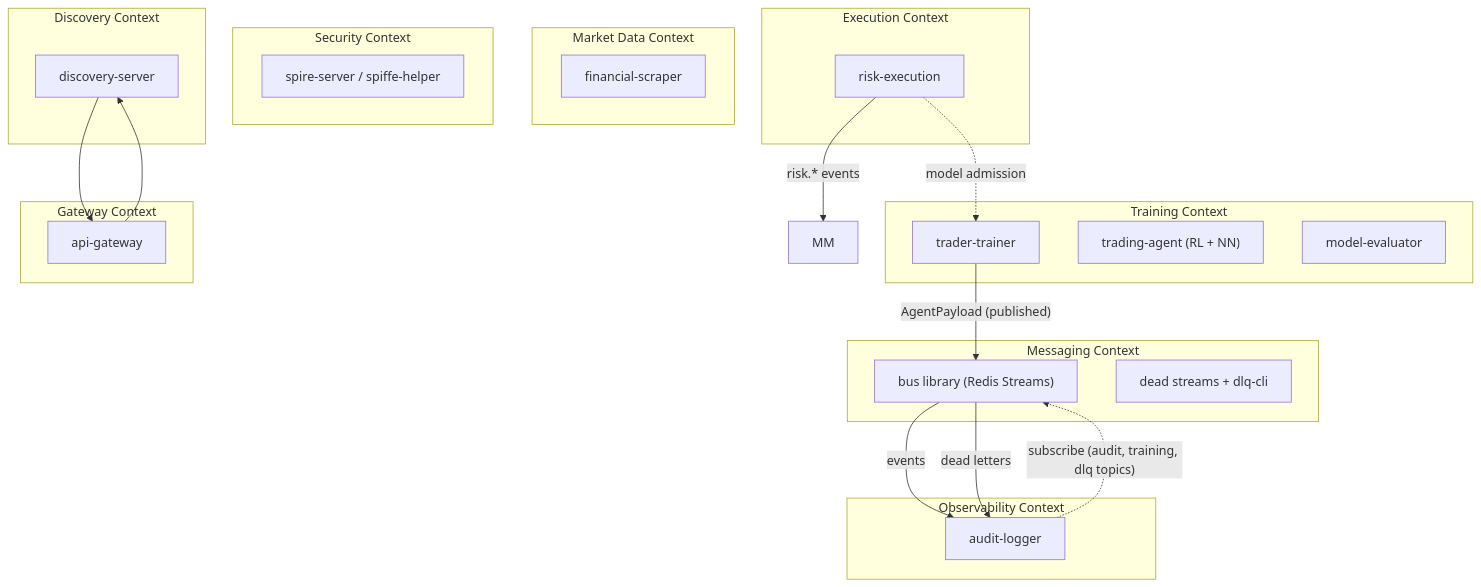
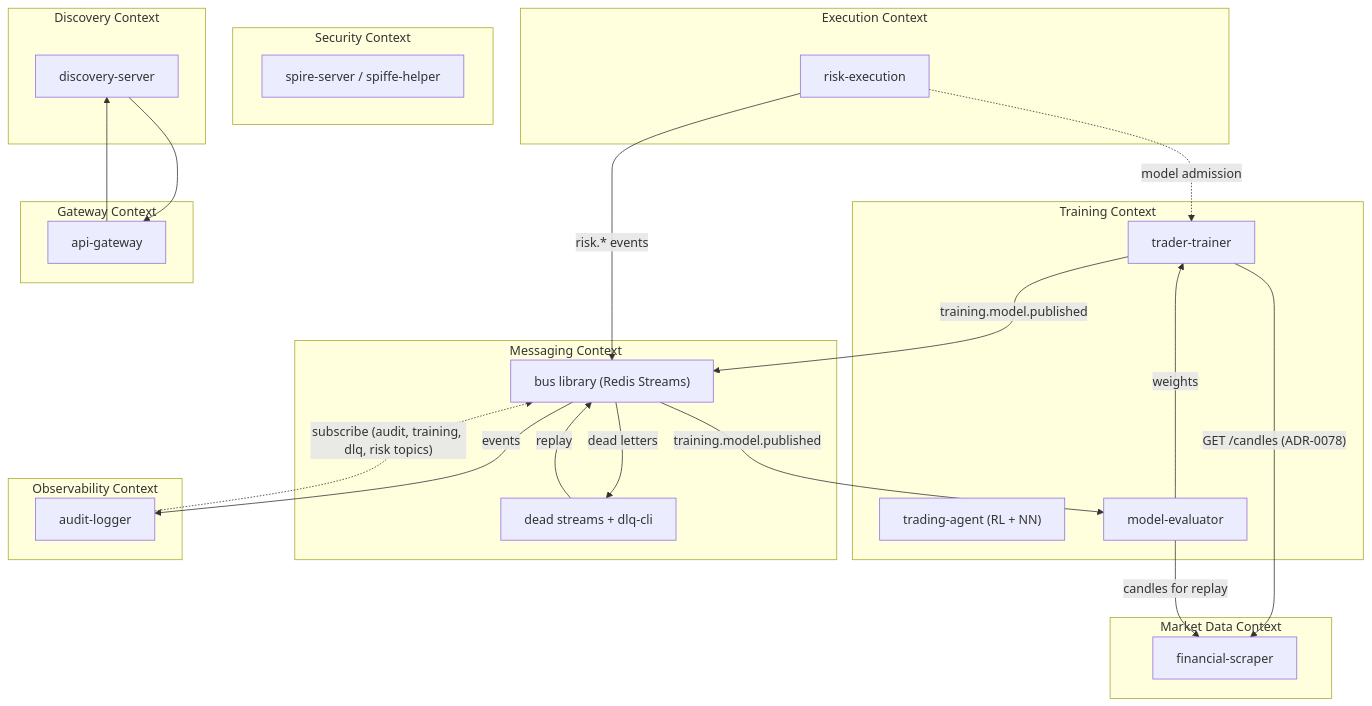
The diagram in docs/architecture/bounded-contexts.md (docteur-turboss/trading-model), drawn with Mermaid before and after one commit. The commit also changed 43 other files, not shown here.

````diff
--- a/docs/architecture/bounded-contexts.md
+++ b/docs/architecture/bounded-contexts.md
@@ -7,39 +7,44 @@
 ```mermaid
 graph TD
     subgraph "Market Data Context"
         FS["financial-scraper"]
     end
     subgraph "Training Context"
         TT["trader-trainer"]
         TS["trading-agent (RL + NN)"]
         ME["model-evaluator"]
     end
     subgraph "Messaging Context"
         BUS["bus library (Redis Streams)"]
         DS2["dead streams + dlq-cli"]
     end
     subgraph "Security Context"
         SP["spire-server / spiffe-helper"]
     end
     subgraph "Discovery Context"
         DS["discovery-server"]
     end
     subgraph "Observability Context"
         AL["audit-logger"]
     end
     subgraph "Gateway Context"
         GW["api-gateway"]
     end
     subgraph "Execution Context"
         RE["risk-execution"]
     end
 
-    TT -->|"AgentPayload (published)"| BUS
+    TT -->|"training.model.published"| BUS
+    TT -->|"GET /candles (ADR-0078)"| FS
+    BUS -->|"training.model.published"| ME
+    ME -->|"weights"| TT
+    ME -->|"candles for replay"| FS
     BUS -->|"events"| AL
-    AL -.->|"subscribe (audit, training, dlq topics)"| BUS
-    BUS -->|"dead letters"| AL
+    AL -.->|"subscribe (audit, training, dlq, risk topics)"| BUS
+    BUS -->|"dead letters"| DS2
+    DS2 -->|"replay"| BUS
     DS --> GW
-    RE -->|"risk.* events"| MM
+    RE -->|"risk.* events"| BUS
     RE -.->|"model admission"| TT
     GW --> DS
 ```
````
